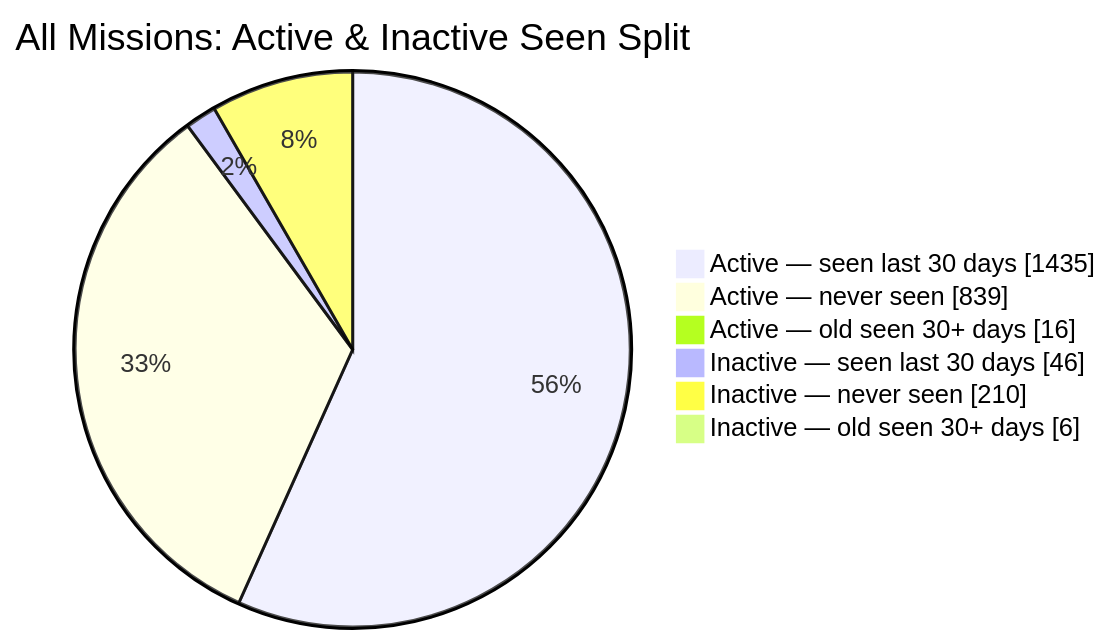
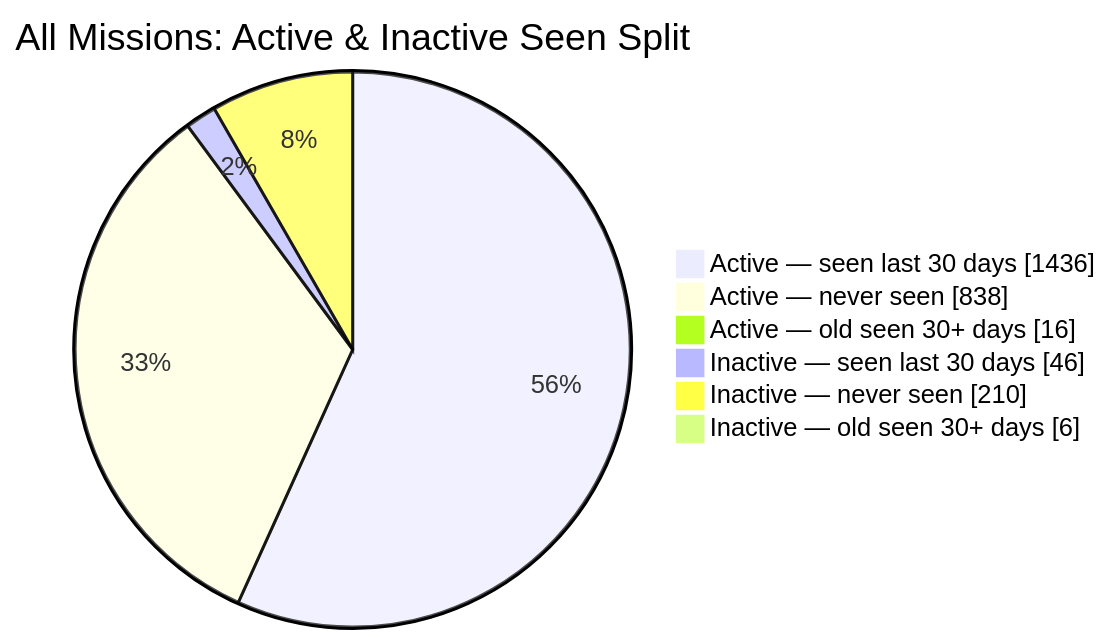
Before and after one commit to MeldkamerspelGameTeam/active-missions: the second of 2 diagrams in README.md, drawn with Mermaid. The commit also changed other lines of this file and 3 other files, not shown here.

````diff
--- a/README.md
+++ b/README.md
@@ -44,10 +44,10 @@
 ```mermaid
 pie showData
     title All Missions: Active & Inactive Seen Split
-    "Active — seen last 30 days" : 1435
-    "Active — never seen" : 839
+    "Active — seen last 30 days" : 1436
+    "Active — never seen" : 838
     "Active — old seen 30+ days" : 16
     "Inactive — seen last 30 days" : 46
     "Inactive — never seen" : 210
     "Inactive — old seen 30+ days" : 6
 ```
````
